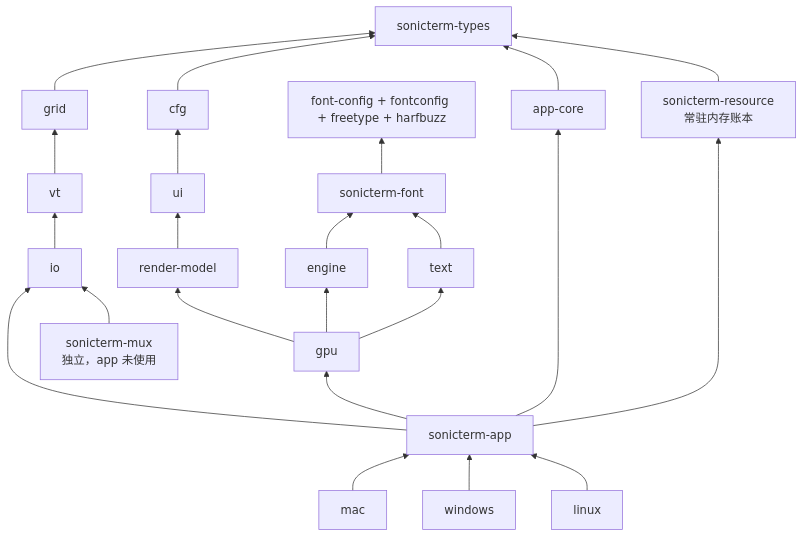
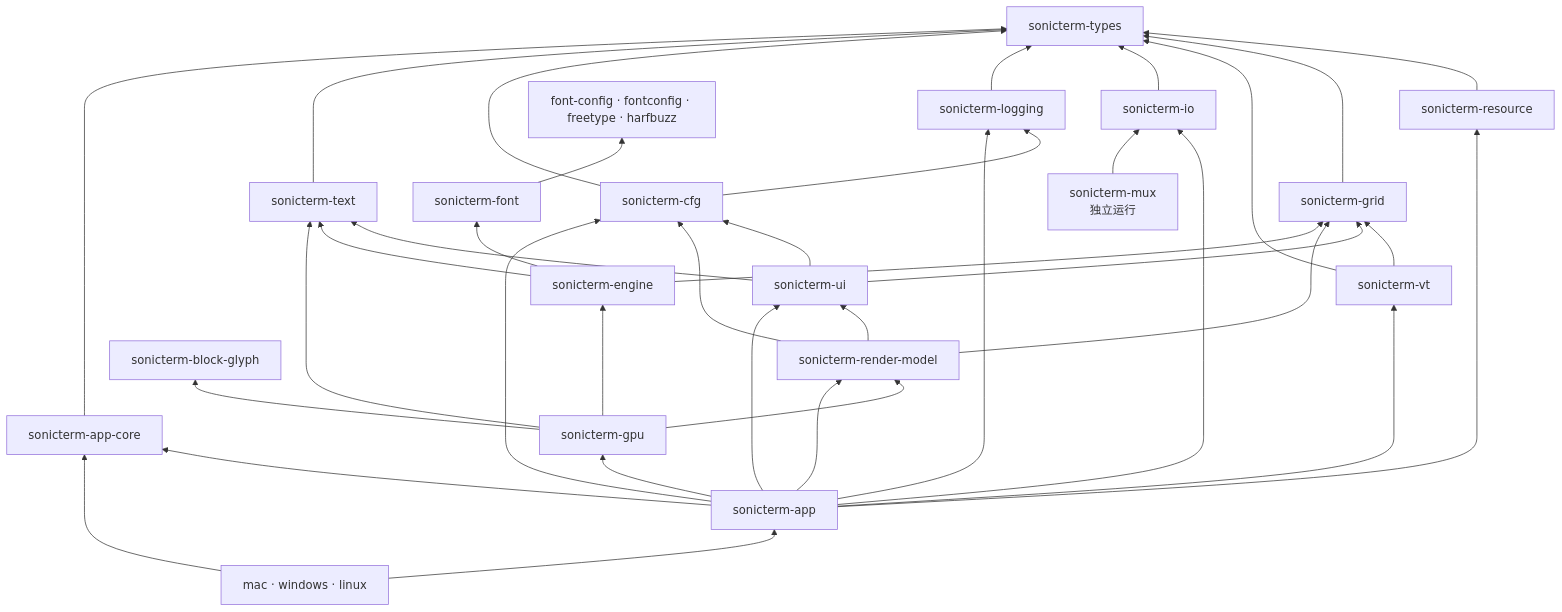
Before and after one commit to D0n9X1n/SonicTerm: the second of 2 diagrams in wiki/Crate-Reference.md, drawn with Mermaid. The commit also changed other lines of this file and 33 other files, not shown here.

````diff
--- a/wiki/Crate-Reference.md
+++ b/wiki/Crate-Reference.md
@@ -361,47 +363,59 @@
 ```mermaid
 flowchart BT
     types["sonicterm-types"]
-    grid["grid"]
-    cfg["cfg"]
-    appcore["app-core"]
-    vt["vt"]
-    ui["ui"]
-    rm["render-model"]
-    io["io"]
-    gpu["gpu"]
+    resource["sonicterm-resource"]
+    grid["sonicterm-grid"]
+    vt["sonicterm-vt"]
+    io["sonicterm-io"]
+    logging["sonicterm-logging"]
+    cfg["sonicterm-cfg"]
+    text["sonicterm-text"]
+    ui["sonicterm-ui"]
+    model["sonicterm-render-model"]
+    fontparts["font-config · fontconfig · freetype · harfbuzz"]
+    font["sonicterm-font"]
+    engine["sonicterm-engine"]
+    block["sonicterm-block-glyph"]
+    gpu["sonicterm-gpu"]
+    core["sonicterm-app-core"]
     app["sonicterm-app"]
-    mac["mac"]
-    win["windows"]
-    linux["linux"]
-    fontsrc["font-config + fontconfig + freetype + harfbuzz"]
-    font["sonicterm-font"]
-    engine["engine"]
-    text["text"]
-    mux["sonicterm-mux<br/>独立，app 未使用"]
-    res["sonicterm-resource<br/>常驻内存账本"]
+    platforms["mac · windows · linux"]
+    mux["sonicterm-mux<br/>独立运行"]
 
+    resource --> types
     grid --> types
+    vt --> grid
+    vt --> types
+    io --> types
+    logging --> types
+    cfg --> logging
     cfg --> types
-    appcore --> types
-    vt --> grid
+    text --> types
     ui --> cfg
-    rm --> ui
-    io --> vt
-    gpu --> rm
-    app --> io
-    app --> gpu
-    app --> appcore
-    mac --> app
-    win --> app
-    linux --> app
-
-    font --> fontsrc
+    ui --> grid
+    ui --> text
+    model --> cfg
+    model --> grid
+    model --> ui
+    font --> fontparts
     engine --> font
-    text --> font
+    engine --> grid
+    engine --> text
+    gpu --> block
+    gpu --> model
     gpu --> engine
     gpu --> text
-
+    core --> types
+    app --> core
+    app --> vt
+    app --> io
+    app --> cfg
+    app --> ui
+    app --> model
+    app --> gpu
+    app --> resource
+    app --> logging
+    platforms --> app
+    platforms --> core
     mux --> io
-    res --> types
-    app --> res
 ```
````
